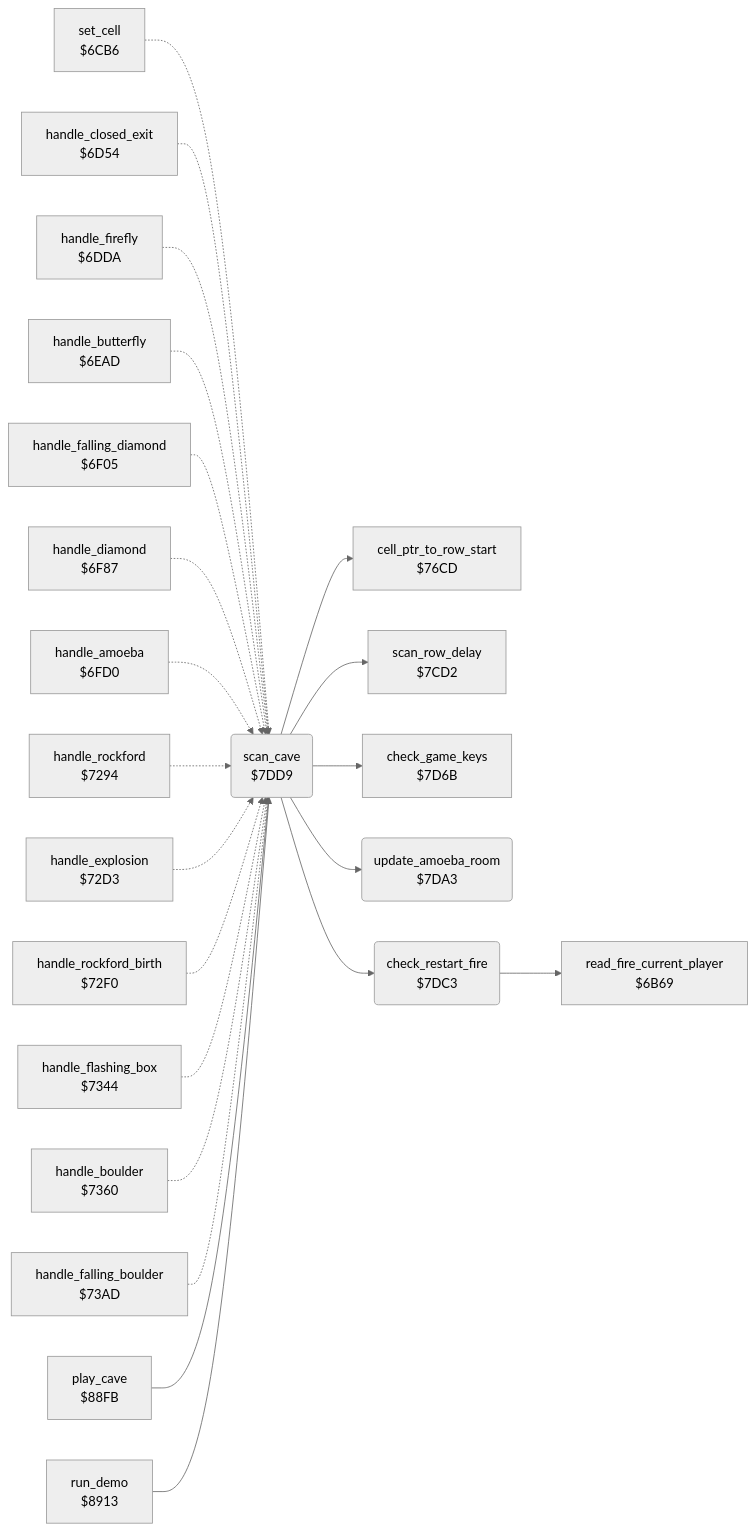
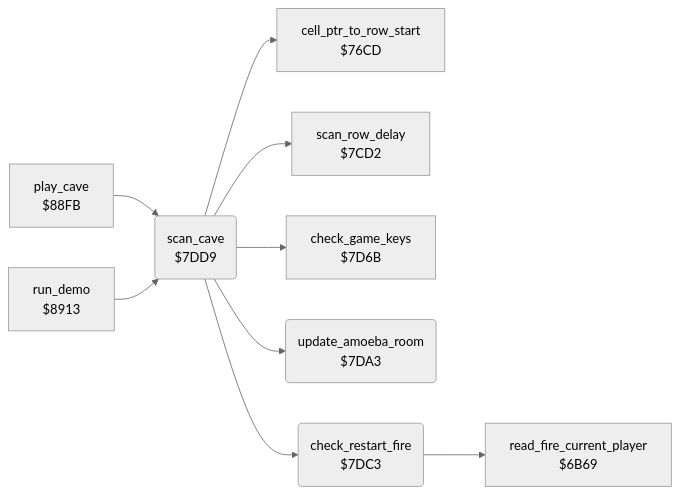
One commit to henols/c64_games changed the diagram in boulder_dash/v1/docs/reference/modules/engine/cave_scan.md. Above: the diagram before and after it, drawn with Mermaid (neutral theme). The commit also changed other lines of this file and 1100 other files, not shown here.

````diff
--- a/boulder_dash/v1/docs/reference/modules/engine/cave_scan.md
+++ b/boulder_dash/v1/docs/reference/modules/engine/cave_scan.md
@@ -10,46 +19,20 @@
 ```mermaid
 flowchart LR
   n6b69["read_fire_current_player<br/>$6B69"]
-  n6cb6["set_cell<br/>$6CB6"]
-  n6d54["handle_closed_exit<br/>$6D54"]
-  n6dda["handle_firefly<br/>$6DDA"]
-  n6ead["handle_butterfly<br/>$6EAD"]
-  n6f05["handle_falling_diamond<br/>$6F05"]
-  n6f87["handle_diamond<br/>$6F87"]
-  n6fd0["handle_amoeba<br/>$6FD0"]
-  n7294["handle_rockford<br/>$7294"]
-  n72d3["handle_explosion<br/>$72D3"]
-  n72f0["handle_rockford_birth<br/>$72F0"]
-  n7344["handle_flashing_box<br/>$7344"]
-  n7360["handle_boulder<br/>$7360"]
-  n73ad["handle_falling_boulder<br/>$73AD"]
   n76cd["cell_ptr_to_row_start<br/>$76CD"]
   n7cd2["scan_row_delay<br/>$7CD2"]
   n7d6b["check_game_keys<br/>$7D6B"]
   n7da3("update_amoeba_room<br/>$7DA3")
   n7dc3("check_restart_fire<br/>$7DC3")
   n7dd9("scan_cave<br/>$7DD9")
   n88fb["play_cave<br/>$88FB"]
   n8913["run_demo<br/>$8913"]
-  n6cb6 -.-> n7dd9
-  n6d54 -.-> n7dd9
-  n6dda -.-> n7dd9
-  n6ead -.-> n7dd9
-  n6f05 -.-> n7dd9
-  n6f87 -.-> n7dd9
-  n6fd0 -.-> n7dd9
-  n7294 -.-> n7dd9
-  n72d3 -.-> n7dd9
-  n72f0 -.-> n7dd9
-  n7344 -.-> n7dd9
-  n7360 -.-> n7dd9
-  n73ad -.-> n7dd9
   n7dc3 --> n6b69
   n7dd9 --> n76cd
   n7dd9 --> n7cd2
   n7dd9 --> n7d6b
   n7dd9 --> n7da3
   n7dd9 --> n7dc3
   n88fb --> n7dd9
   n8913 --> n7dd9
 ```
````
